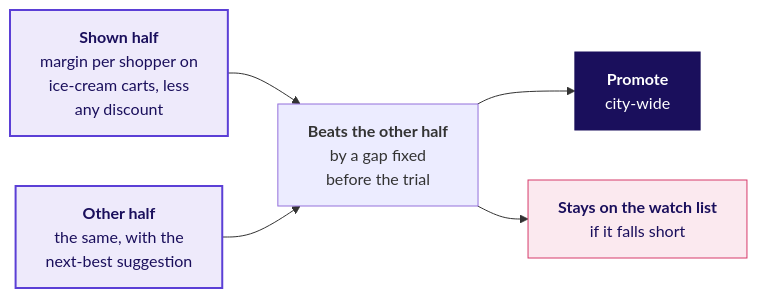
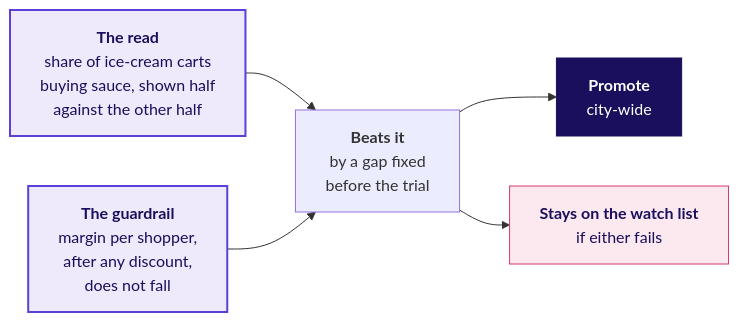
One commit to fde-academy-lab/c2-content-factory changed the second of 3 diagrams in content/W04/D3/slides/C2_W04_D03_fallback_STUDENT.md. Above: the diagram before and after it, drawn with Mermaid. The commit also changed other lines of this file and 12 other files, not shown here.

````diff
--- a/content/W04/D3/slides/C2_W04_D03_fallback_STUDENT.md
+++ b/content/W04/D3/slides/C2_W04_D03_fallback_STUDENT.md
@@ -86,13 +86,13 @@
 ```mermaid
 flowchart LR
-    T["<b>Shown half</b><br/>margin per shopper on<br/>ice-cream carts, less<br/>any discount"] --> G["<b>Beats the other half</b><br/>by a gap fixed<br/>before the trial"]
-    R["<b>Other half</b><br/>the same, with the<br/>next-best suggestion"] --> G
+    T["<b>The read</b><br/>share of ice-cream carts<br/>buying sauce, shown half<br/>against the other half"] --> G["<b>Beats it</b><br/>by a gap fixed<br/>before the trial"]
+    R["<b>The guardrail</b><br/>margin per shopper,<br/>after any discount,<br/>does not fall"] --> G
     G --> P["<b>Promote</b><br/>city-wide"]
-    G --> W["<b>Stays on the watch list</b><br/>if it falls short"]
+    G --> W["<b>Stays on the watch list</b><br/>if either fails"]
     classDef known fill:#EEEAFB,stroke:#5B3FD6,color:#1A0F5C,stroke-width:2px
     classDef lit fill:#1A0F5C,stroke:#1A0F5C,color:#FFFFFF
     classDef bad fill:#FBE9EF,stroke:#D63A6A,color:#1A0F5C
     class T,R known
     class P lit
     class W bad
 ```
````
